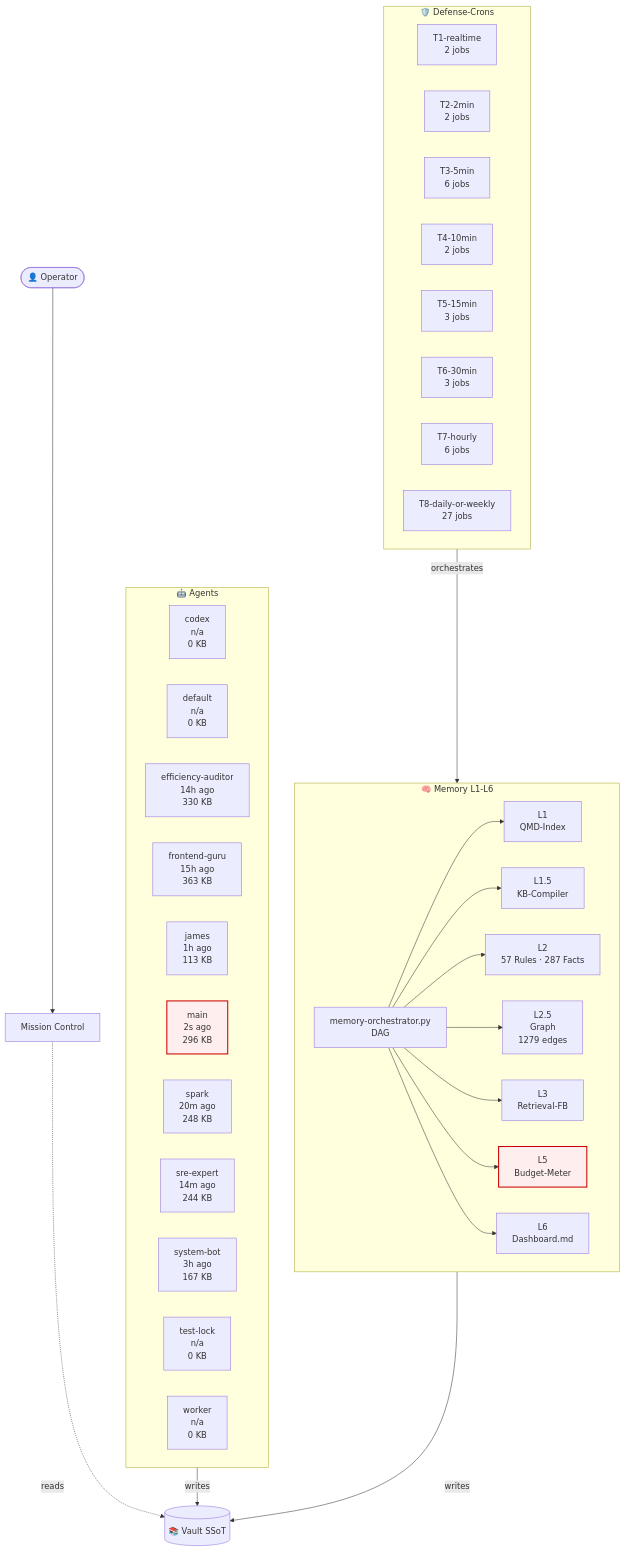
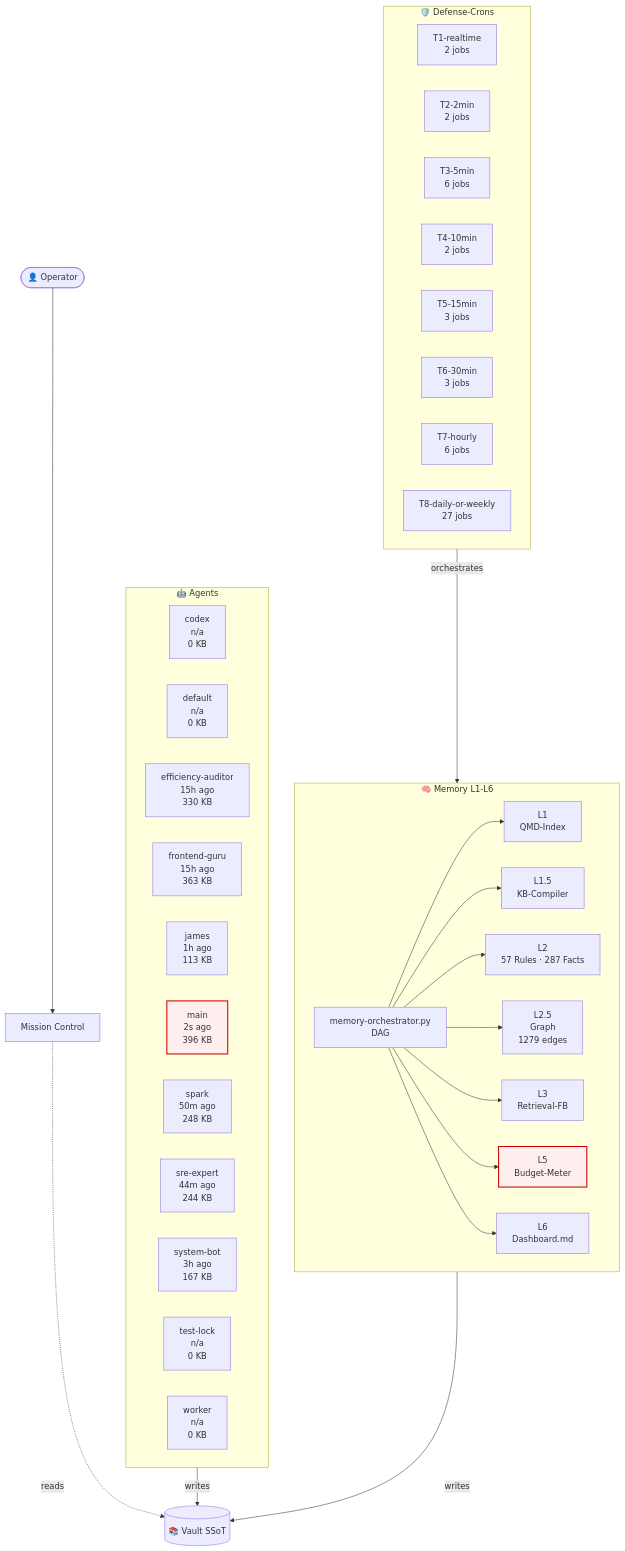
The diagram in 03-Agents/architecture-live.md (lenardhuebner88-rgb/openclaw-memory), drawn with Mermaid before and after one commit. The commit also changed other lines of this file and 1 other file, not shown here.

````diff
--- a/03-Agents/architecture-live.md
+++ b/03-Agents/architecture-live.md
@@ -18,54 +18,54 @@
 ```mermaid
 flowchart TB
     classDef critical fill:#fee,stroke:#c00,stroke-width:2px;
     subgraph AGT["🤖 Agents"]
         agent_codex["codex<br/>n/a<br/>0 KB"]
         agent_default["default<br/>n/a<br/>0 KB"]
-        agent_efficiency_auditor["efficiency-auditor<br/>14h ago<br/>330 KB"]
+        agent_efficiency_auditor["efficiency-auditor<br/>15h ago<br/>330 KB"]
         agent_frontend_guru["frontend-guru<br/>15h ago<br/>363 KB"]
         agent_james["james<br/>1h ago<br/>113 KB"]
-        agent_main["main<br/>2s ago<br/>296 KB"]
-        agent_spark["spark<br/>20m ago<br/>248 KB"]
-        agent_sre_expert["sre-expert<br/>14m ago<br/>244 KB"]
+        agent_main["main<br/>2s ago<br/>396 KB"]
+        agent_spark["spark<br/>50m ago<br/>248 KB"]
+        agent_sre_expert["sre-expert<br/>44m ago<br/>244 KB"]
         agent_system_bot["system-bot<br/>3h ago<br/>167 KB"]
         agent_test_lock["test-lock<br/>n/a<br/>0 KB"]
         agent_worker["worker<br/>n/a<br/>0 KB"]
     end
     subgraph MEM["🧠 Memory L1-L6"]
         L1["L1<br/>QMD-Index"]
         L15["L1.5<br/>KB-Compiler"]
         L2["L2<br/>57 Rules · 287 Facts"]
         L25["L2.5<br/>Graph<br/>1279 edges"]
         L3["L3<br/>Retrieval-FB"]
         L5["L5<br/>Budget-Meter"]
         L6["L6<br/>Dashboard.md"]
         ORCH["memory-orchestrator.py<br/>DAG"]
     end
     subgraph CRN["🛡️ Defense-Crons"]
         tier_T1_realtime["T1-realtime<br/>2 jobs"]
         tier_T2_2min["T2-2min<br/>2 jobs"]
         tier_T3_5min["T3-5min<br/>6 jobs"]
         tier_T4_10min["T4-10min<br/>2 jobs"]
         tier_T5_15min["T5-15min<br/>3 jobs"]
         tier_T6_30min["T6-30min<br/>3 jobs"]
         tier_T7_hourly["T7-hourly<br/>6 jobs"]
         tier_T8_daily_or_weekly["T8-daily-or-weekly<br/>27 jobs"]
     end
     VAULT[("📚 Vault SSoT")]
     OP([👤 Operator])
     MC["Mission Control"]
     OP --> MC
     MC -.reads.-> VAULT
     AGT -->|writes| VAULT
     MEM -->|writes| VAULT
     ORCH --> L1
     ORCH --> L15
     ORCH --> L2
     ORCH --> L25
     ORCH --> L3
     ORCH --> L5
     ORCH --> L6
     CRN -->|orchestrates| MEM
     class L5 critical
     class agent_main critical
 ```
````
